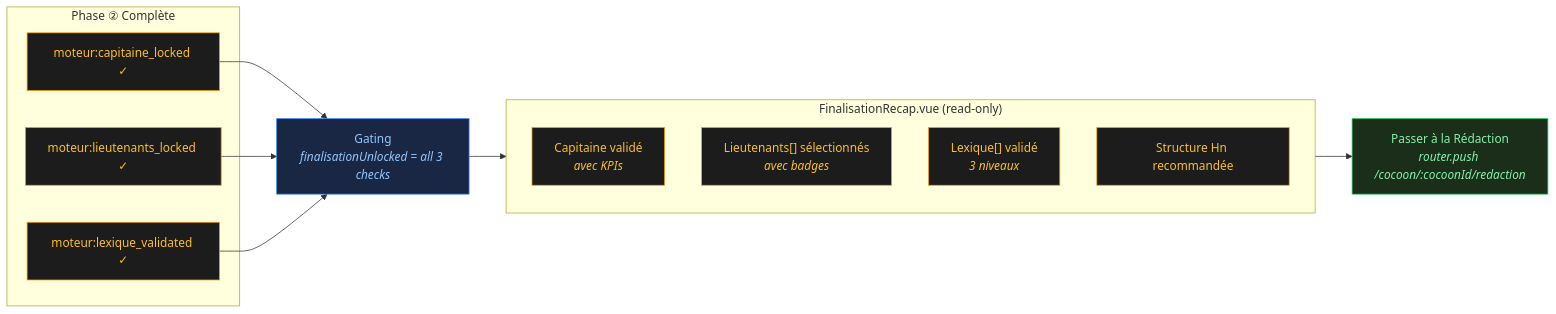
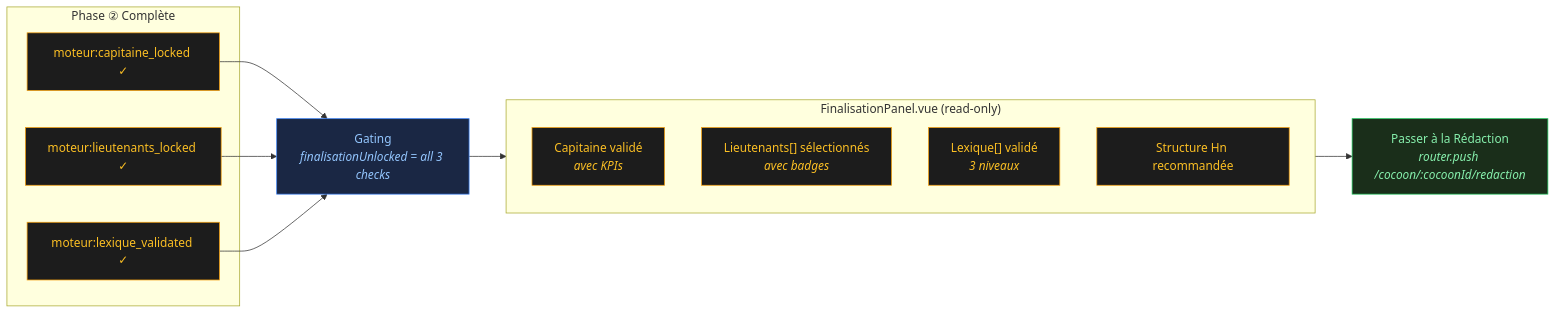
Before and after one commit to annubis-knight/Blog_Redactor_SEO: the seventh of 14 diagrams in docs/moteur-data-flow.md, drawn with Mermaid. The commit also changed other lines of this file and 44 other files, not shown here.

````diff
--- a/docs/moteur-data-flow.md
+++ b/docs/moteur-data-flow.md
@@ -411,30 +411,30 @@
 ```mermaid
 flowchart LR
   classDef gate fill:#1a2744,stroke:#3b82f6,color:#93c5fd
   classDef data fill:#1c1c1c,stroke:#f59e0b,color:#fbbf24
   classDef link fill:#1a2e1a,stroke:#22c55e,color:#86efac
 
   subgraph P2_DONE["Phase ② Complète"]
     CH1["moteur:capitaine_locked ✓"]:::data
     CH2["moteur:lieutenants_locked ✓"]:::data
     CH3["moteur:lexique_validated ✓"]:::data
   end
 
   GATE["Gating<br/><i>finalisationUnlocked = all 3 checks</i>"]:::gate
 
-  subgraph FINAL["FinalisationRecap.vue (read-only)"]
+  subgraph FINAL["FinalisationPanel.vue (read-only)"]
     direction TB
     R1["Capitaine validé<br/><i>avec KPIs</i>"]:::data
     R2["Lieutenants[] sélectionnés<br/><i>avec badges</i>"]:::data
     R3["Lexique[] validé<br/><i>3 niveaux</i>"]:::data
     R4["Structure Hn recommandée"]:::data
   end
 
   LINK["Passer à la Rédaction<br/><i>router.push /cocoon/:cocoonId/redaction</i>"]:::link
 
   CH1 --> GATE
   CH2 --> GATE
   CH3 --> GATE
   GATE --> FINAL
   FINAL --> LINK
 ```
````
